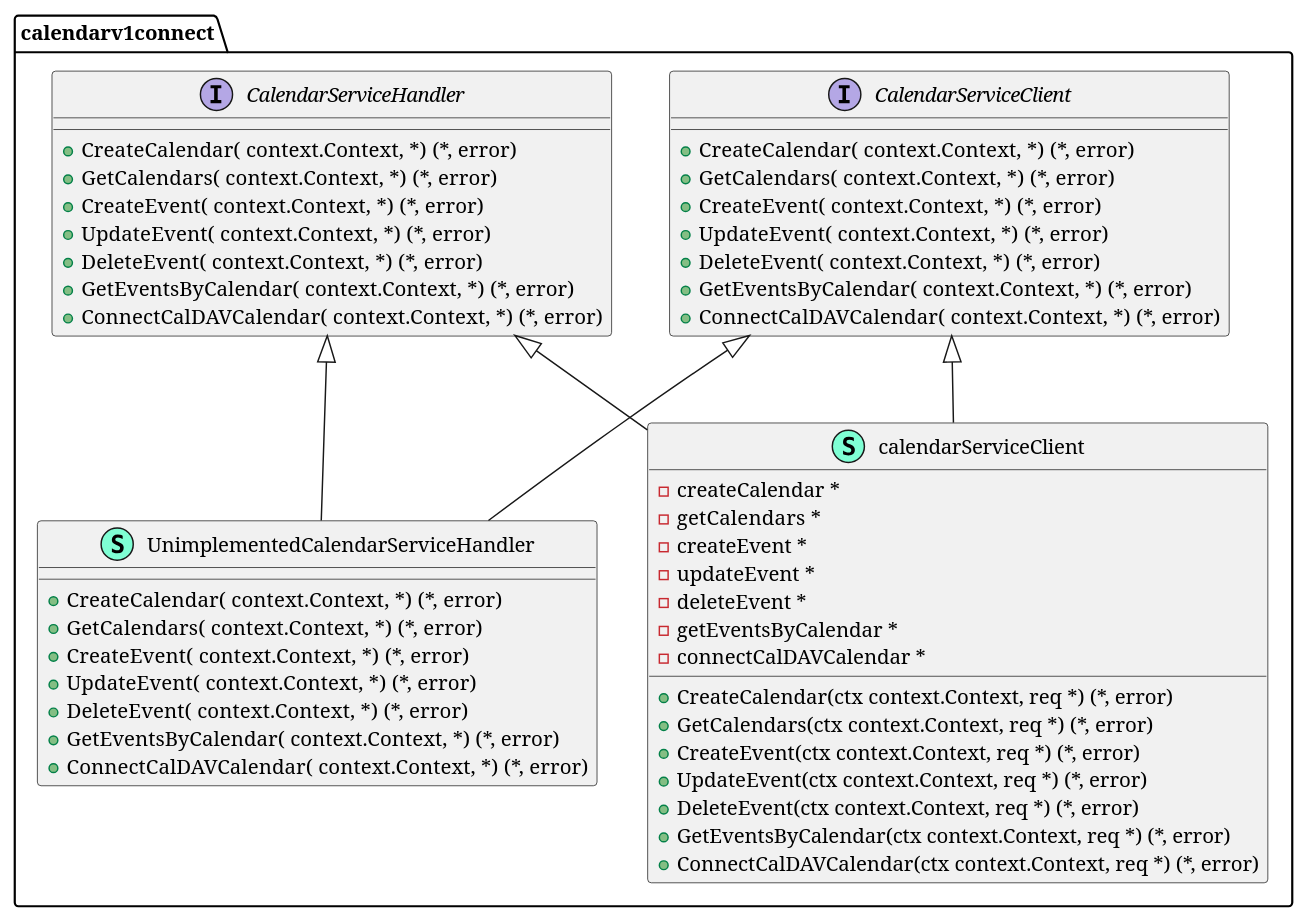
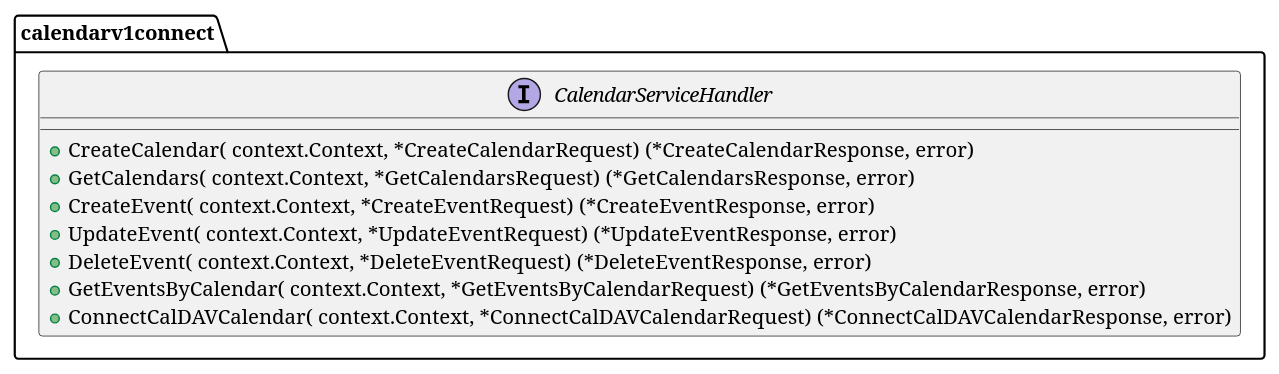
Before and after one commit to jadwalapp/symmetrical-spoon: the third of 11 diagrams in docs/diagrams/class/class-diagram.puml, drawn with PlantUML. The commit also changed other lines of this file and 5 other files, not shown here.

Commit message:
make class diagram better

```diff
--- a/docs/diagrams/class/class-diagram.puml
+++ b/docs/diagrams/class/class-diagram.puml
@@ -181,57 +62,13 @@
 @startuml calendarv1
 namespace calendarv1connect {
-    interface CalendarServiceClient  {
-        + CreateCalendar( context.Context,  *) (*, error)
-        + GetCalendars( context.Context,  *) (*, error)
-        + CreateEvent( context.Context,  *) (*, error)
-        + UpdateEvent( context.Context,  *) (*, error)
-        + DeleteEvent( context.Context,  *) (*, error)
-        + GetEventsByCalendar( context.Context,  *) (*, error)
-        + ConnectCalDAVCalendar( context.Context,  *) (*, error)
-
-    }
     interface CalendarServiceHandler  {
-        + CreateCalendar( context.Context,  *) (*, error)
-        + GetCalendars( context.Context,  *) (*, error)
-        + CreateEvent( context.Context,  *) (*, error)
-        + UpdateEvent( context.Context,  *) (*, error)
-        + DeleteEvent( context.Context,  *) (*, error)
-        + GetEventsByCalendar( context.Context,  *) (*, error)
-        + ConnectCalDAVCalendar( context.Context,  *) (*, error)
-
-    }
-    class UnimplementedCalendarServiceHandler << (S,Aquamarine) >> {
-        + CreateCalendar( context.Context,  *) (*, error)
-        + GetCalendars( context.Context,  *) (*, error)
-        + CreateEvent( context.Context,  *) (*, error)
-        + UpdateEvent( context.Context,  *) (*, error)
-        + DeleteEvent( context.Context,  *) (*, error)
-        + GetEventsByCalendar( context.Context,  *) (*, error)
-        + ConnectCalDAVCalendar( context.Context,  *) (*, error)
-
-    }
-    class calendarServiceClient << (S,Aquamarine) >> {
-        - createCalendar *
-        - getCalendars *
-        - createEvent *
-        - updateEvent *
-        - deleteEvent *
-        - getEventsByCalendar *
-        - connectCalDAVCalendar *
-
-        + CreateCalendar(ctx context.Context, req *) (*, error)
-        + GetCalendars(ctx context.Context, req *) (*, error)
-        + CreateEvent(ctx context.Context, req *) (*, error)
-        + UpdateEvent(ctx context.Context, req *) (*, error)
-        + DeleteEvent(ctx context.Context, req *) (*, error)
-        + GetEventsByCalendar(ctx context.Context, req *) (*, error)
-        + ConnectCalDAVCalendar(ctx context.Context, req *) (*, error)
-
+        + CreateCalendar( context.Context,  *CreateCalendarRequest) (*CreateCalendarResponse, error)
+        + GetCalendars( context.Context,  *GetCalendarsRequest) (*GetCalendarsResponse, error)
+        + CreateEvent( context.Context,  *CreateEventRequest) (*CreateEventResponse, error)
+        + UpdateEvent( context.Context,  *UpdateEventRequest) (*UpdateEventResponse, error)
+        + DeleteEvent( context.Context,  *DeleteEventRequest) (*DeleteEventResponse, error)
+        + GetEventsByCalendar( context.Context,  *GetEventsByCalendarRequest) (*GetEventsByCalendarResponse, error)
+        + ConnectCalDAVCalendar( context.Context,  *ConnectCalDAVCalendarRequest) (*ConnectCalDAVCalendarResponse, error)
     }
 }
-
-"calendarv1connect.CalendarServiceClient" <|-- "calendarv1connect.UnimplementedCalendarServiceHandler"
-"calendarv1connect.CalendarServiceHandler" <|-- "calendarv1connect.UnimplementedCalendarServiceHandler"
-"calendarv1connect.CalendarServiceClient" <|-- "calendarv1connect.calendarServiceClient"
-"calendarv1connect.CalendarServiceHandler" <|-- "calendarv1connect.calendarServiceClient"
 @enduml
```
